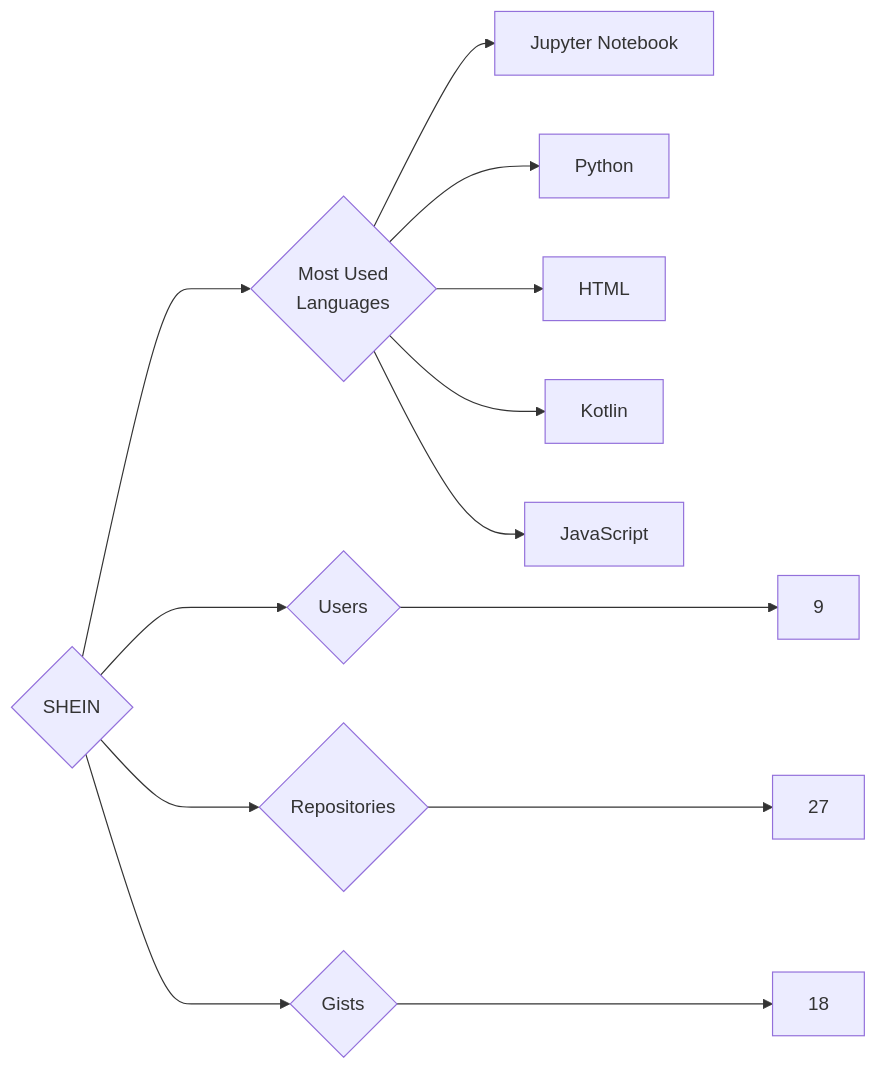
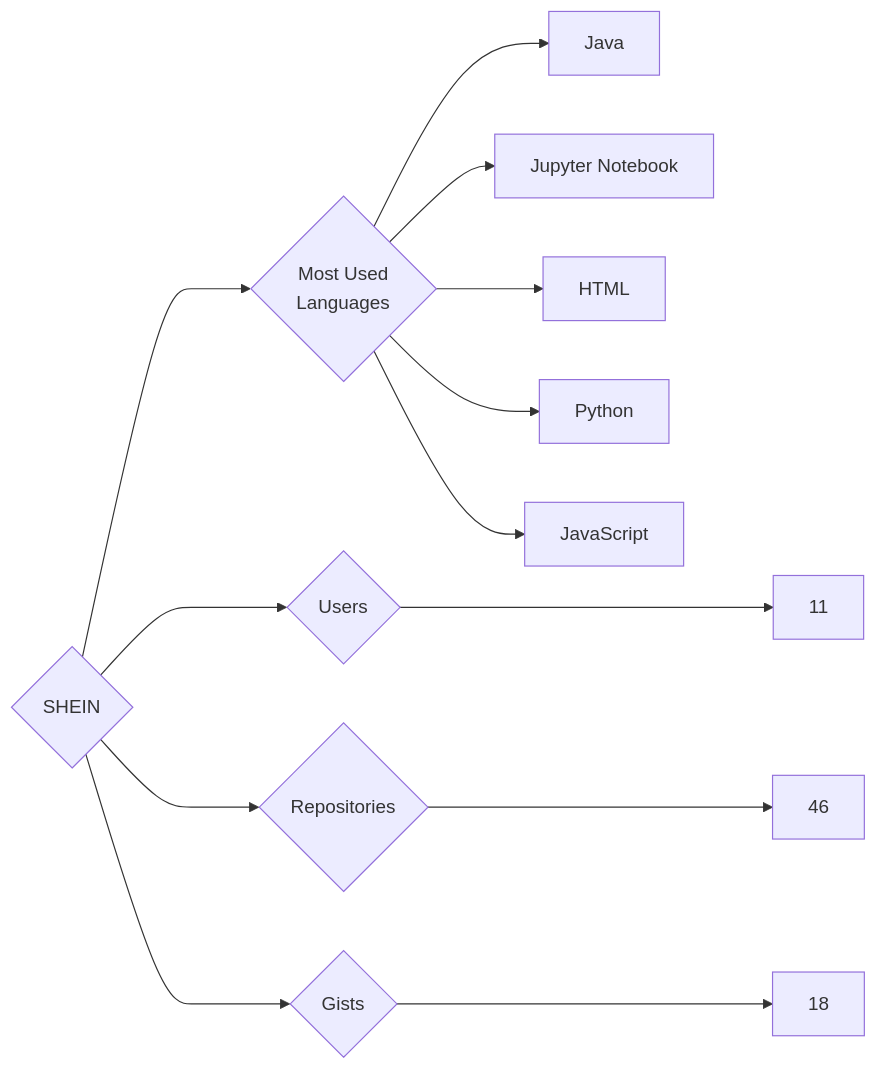
One commit to trickest/insiders changed the diagram in targets/SHEIN/README.md. Above: the diagram before and after it, drawn with Mermaid. The commit also changed 953 other files, not shown here.

````diff
--- a/targets/SHEIN/README.md
+++ b/targets/SHEIN/README.md
@@ -3,13 +3,13 @@
 ```mermaid
 graph LR
 COMPANY_NAME{SHEIN}
-COMPANY_NAME ---> U{Users} ---> UN[9]
-COMPANY_NAME ---> R{Repositories} ---> RN[27]
+COMPANY_NAME ---> U{Users} ---> UN[11]
+COMPANY_NAME ---> R{Repositories} ---> RN[46]
 COMPANY_NAME ---> G{Gists} ---> GN[18]
 COMPANY_NAME ---> ML{Most Used<br>Languages}
+ML --> Java[Java]
 ML --> Jupyter_Notebook[Jupyter Notebook]
+ML --> HTML[HTML]
 ML --> Python[Python]
-ML --> HTML[HTML]
-ML --> Kotlin[Kotlin]
 ML --> JavaScript[JavaScript]
 ```
````
